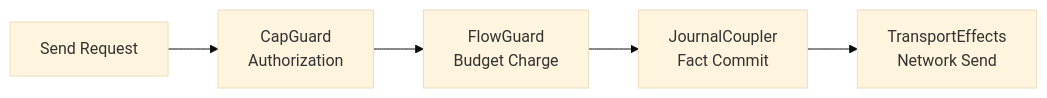
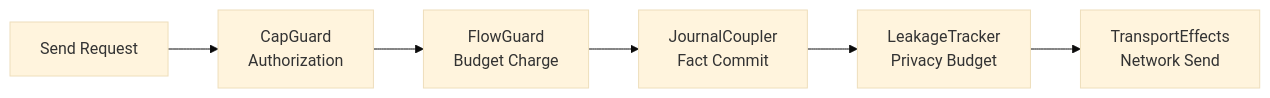
The diagram in docs/001_system_architecture.md (hxrts/aura), drawn with Mermaid (base theme) before and after one commit. The commit also changed other lines of this file and 29 other files, not shown here.

````diff
--- a/docs/001_system_architecture.md
+++ b/docs/001_system_architecture.md
@@ -66,7 +59,8 @@
 ```mermaid
 flowchart LR
     A[Send Request] --> B[CapGuard<br/>Authorization];
     B --> C[FlowGuard<br/>Budget Charge];
     C --> D[JournalCoupler<br/>Fact Commit];
-    D --> E[TransportEffects<br/>Network Send];
+    D --> E[LeakageTracker<br/>Privacy Budget];
+    E --> F[TransportEffects<br/>Network Send];
 ```
````
